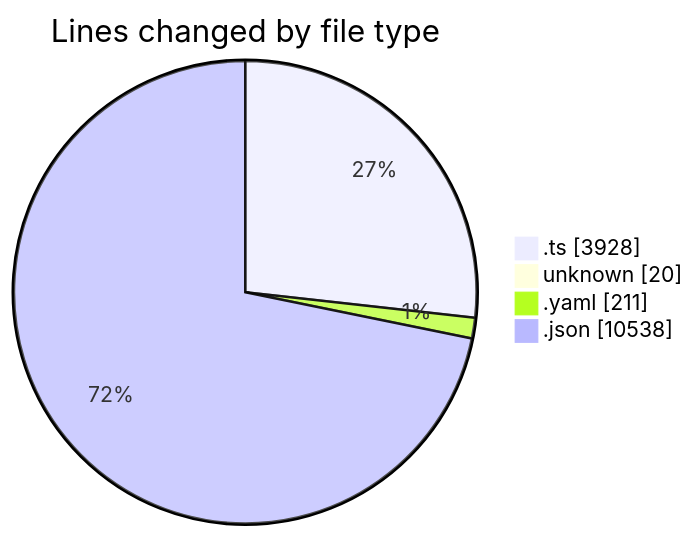
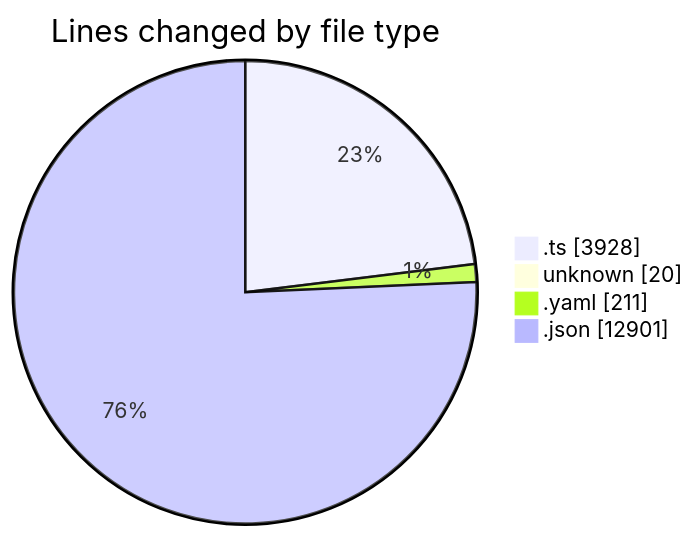
Before and after one commit to mevix1/code-tracking: the first of 2 diagrams in 2025-10-01/oura-api/README.md, drawn with Mermaid. The commit also changed other lines of this file and 1 other file, not shown here.

````diff
--- a/2025-10-01/oura-api/README.md
+++ b/2025-10-01/oura-api/README.md
@@ -59,8 +60,8 @@
 ```mermaid
 pie showData
 title Lines changed by file type
 ".ts" : 3928
 "unknown" : 20
 ".yaml" : 211
-".json" : 10538
+".json" : 12901
 ```
````
